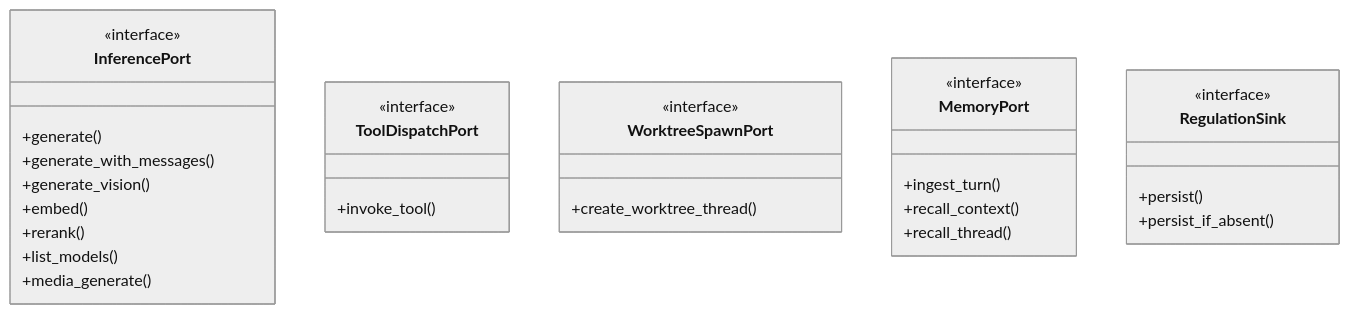
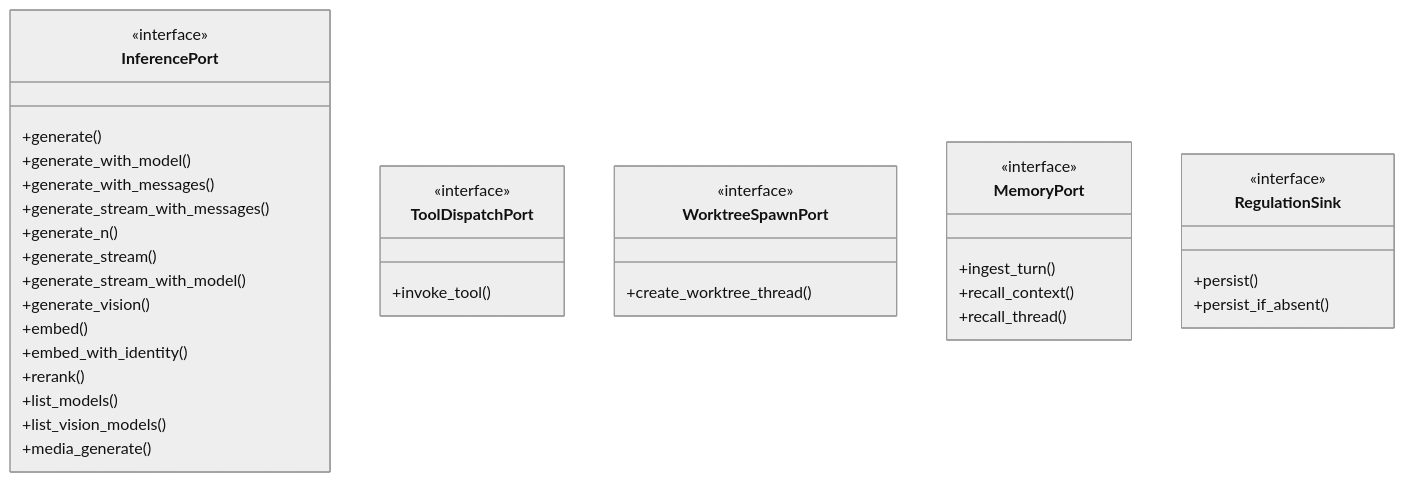
One commit to mdz-axo/zed-kask changed the second of 6 diagrams in kask/docs/diataxis/hkask-types/reference.md. Above: the diagram before and after it, drawn with Mermaid (neutral theme). The commit also changed other lines of this file and 43 other files, not shown here.

````diff
--- a/kask/docs/diataxis/hkask-types/reference.md
+++ b/kask/docs/diataxis/hkask-types/reference.md
@@ -136,32 +145,39 @@
 ```mermaid
 classDiagram
     class InferencePort {
         <<interface>>
         +generate()
+        +generate_with_model()
         +generate_with_messages()
+        +generate_stream_with_messages()
+        +generate_n()
+        +generate_stream()
+        +generate_stream_with_model()
         +generate_vision()
         +embed()
+        +embed_with_identity()
         +rerank()
         +list_models()
+        +list_vision_models()
         +media_generate()
     }
     class ToolDispatchPort {
         <<interface>>
         +invoke_tool()
     }
     class WorktreeSpawnPort {
         <<interface>>
         +create_worktree_thread()
     }
     class MemoryPort {
         <<interface>>
         +ingest_turn()
         +recall_context()
         +recall_thread()
     }
     class RegulationSink {
         <<interface>>
         +persist()
         +persist_if_absent()
     }
 ```
````
